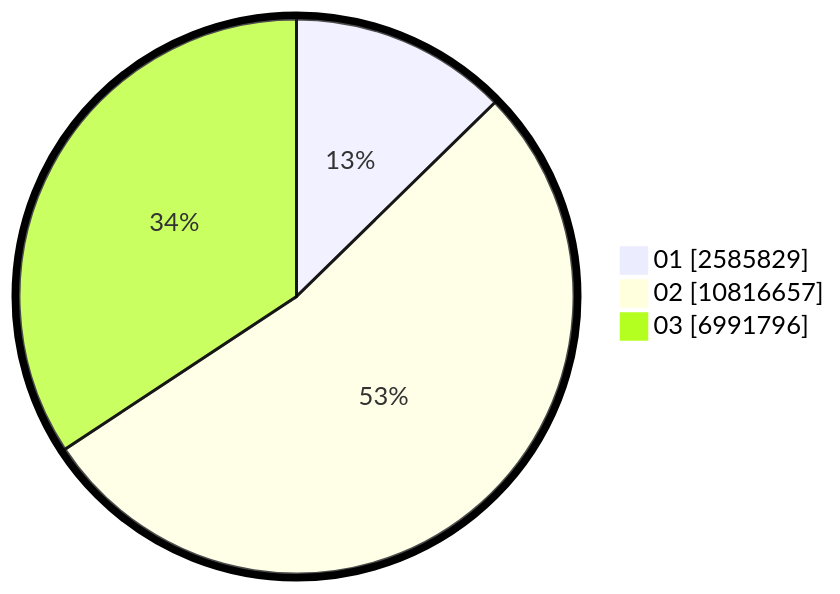
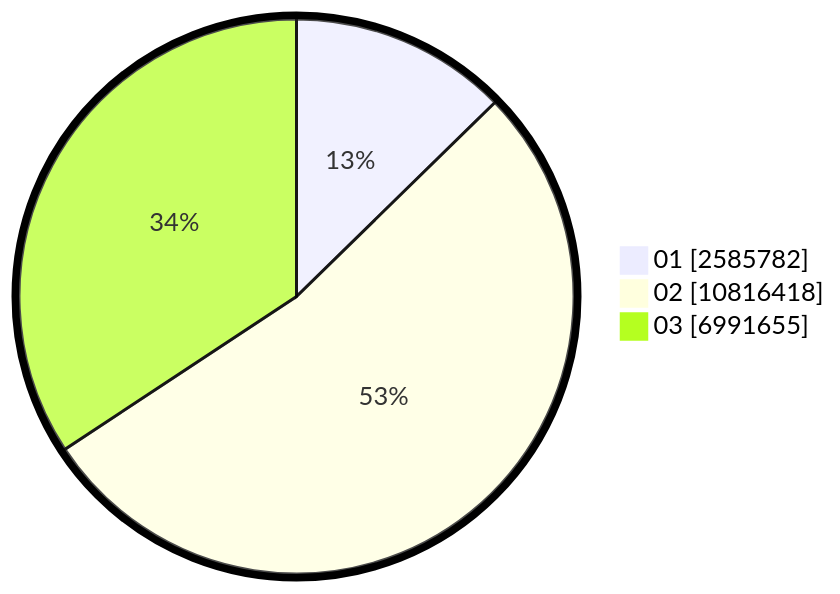
Before and after one commit to gigit-pemilu/pemilu-2024: the second of 2 diagrams in pilpres/hitung-suara/sub/table-wilayah-33.md, drawn with Mermaid. The commit also changed other lines of this file and 10 other files, not shown here.

````diff
--- a/pilpres/hitung-suara/sub/table-wilayah-33.md
+++ b/pilpres/hitung-suara/sub/table-wilayah-33.md
@@ -15,7 +15,7 @@
 ```mermaid
 %%{init: {"pie": {"textPosition": 0.5}, "themeVariables": {"pieOuterStrokeWidth": "5px"}} }%%
 pie showData
-    "01" : 2585829
-    "02" : 10816657
-    "03" : 6991796
+    "01" : 2585782
+    "02" : 10816418
+    "03" : 6991655
 ```
````
